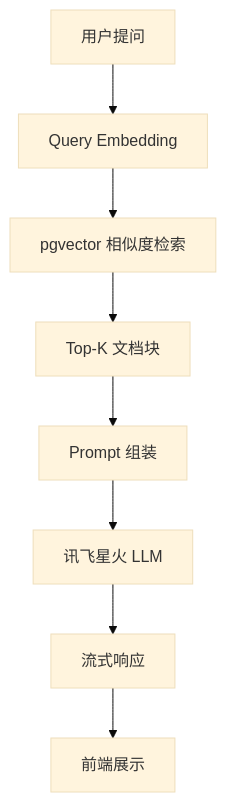
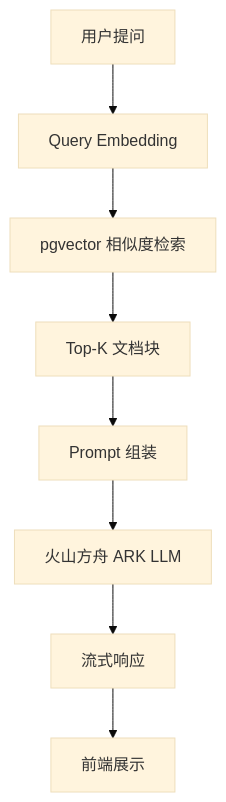
Before and after one commit to lwliang-666/BYD-RAG-ChatBot: the second of 4 diagrams in PROJECT_PLAN.md, drawn with Mermaid (base theme). The commit also changed other lines of this file and 2 other files, not shown here.

First line of the commit message:
chore: LLM 切换为火山方舟 ARK(ark-code-latest)

````diff
--- a/PROJECT_PLAN.md
+++ b/PROJECT_PLAN.md
@@ -251,10 +251,10 @@
 ```mermaid
 flowchart TD
     Q[用户提问] --> R[Query Embedding]
     R --> S[pgvector 相似度检索]
     S --> T[Top-K 文档块]
     T --> U[Prompt 组装]
-    U --> V[讯飞星火 LLM]
+    U --> V[火山方舟 ARK LLM]
     V --> W[流式响应]
     W --> X[前端展示]
 ```
````
